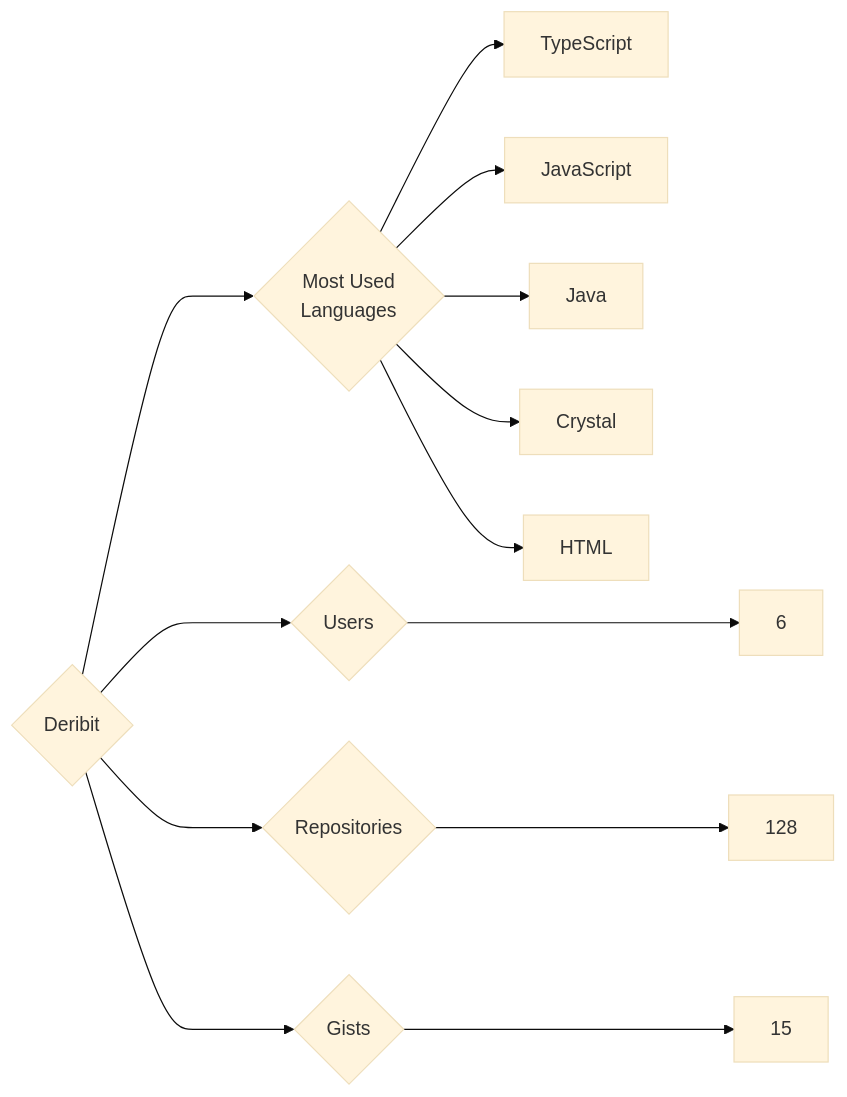
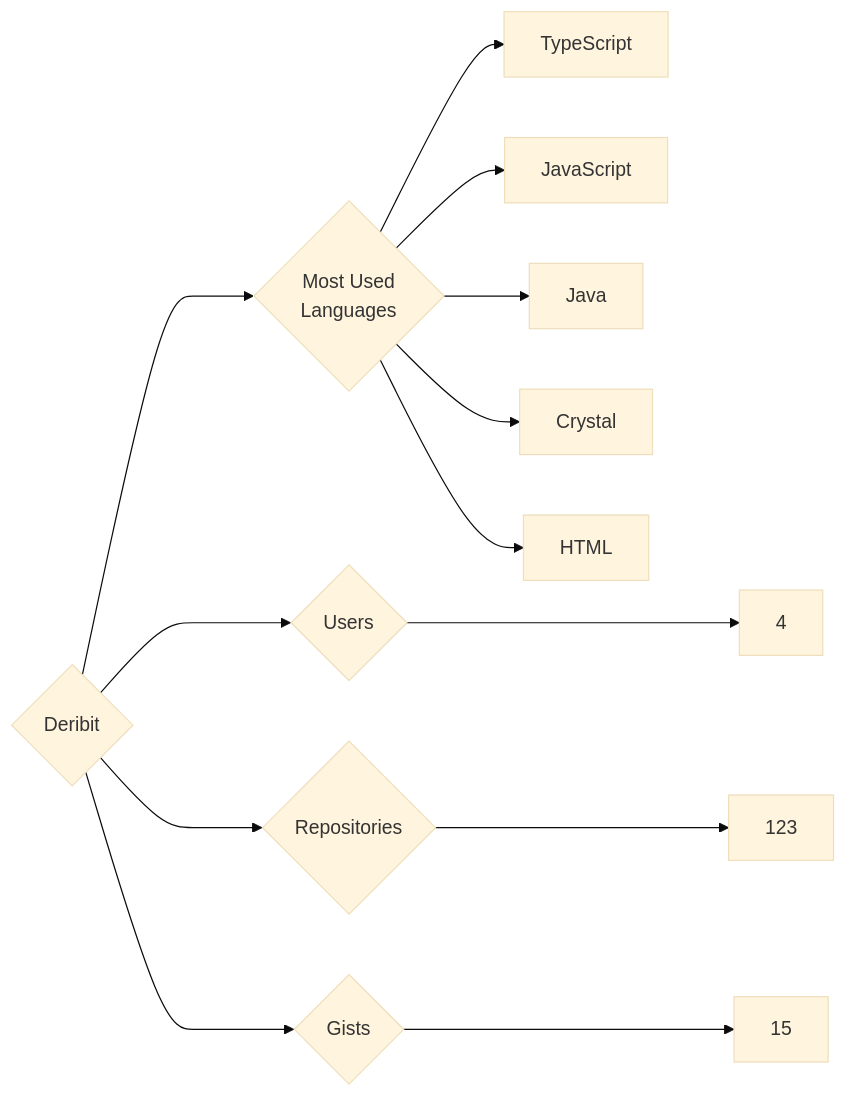
Before and after one commit to trickest/insiders: the diagram in targets/Deribit/README.md, drawn with Mermaid (base theme). The commit also changed 837 other files, not shown here.

````diff
--- a/targets/Deribit/README.md
+++ b/targets/Deribit/README.md
@@ -3,13 +3,13 @@
 ```mermaid
 graph LR
 COMPANY_NAME{Deribit}
-COMPANY_NAME ---> U{Users} ---> UN[6]
-COMPANY_NAME ---> R{Repositories} ---> RN[128]
+COMPANY_NAME ---> U{Users} ---> UN[4]
+COMPANY_NAME ---> R{Repositories} ---> RN[123]
 COMPANY_NAME ---> G{Gists} ---> GN[15]
 COMPANY_NAME ---> ML{Most Used<br>Languages}
 ML --> TypeScript[TypeScript]
 ML --> JavaScript[JavaScript]
 ML --> Java[Java]
 ML --> Crystal[Crystal]
 ML --> HTML[HTML]
 ```
````
